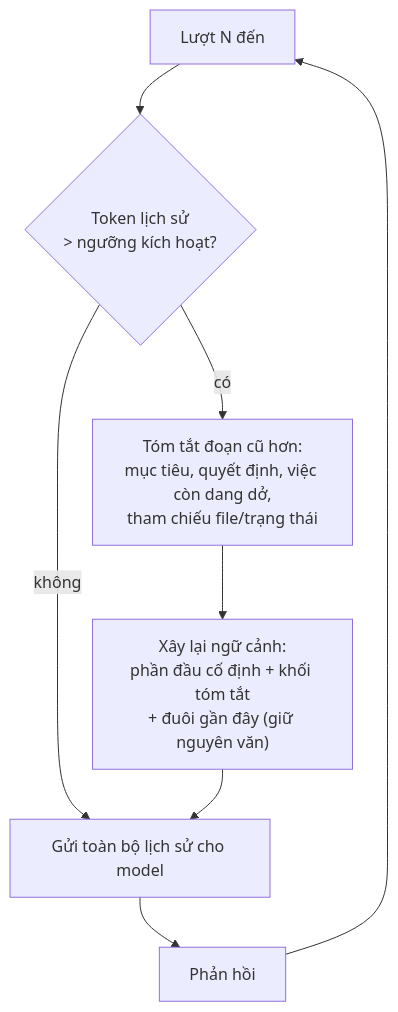
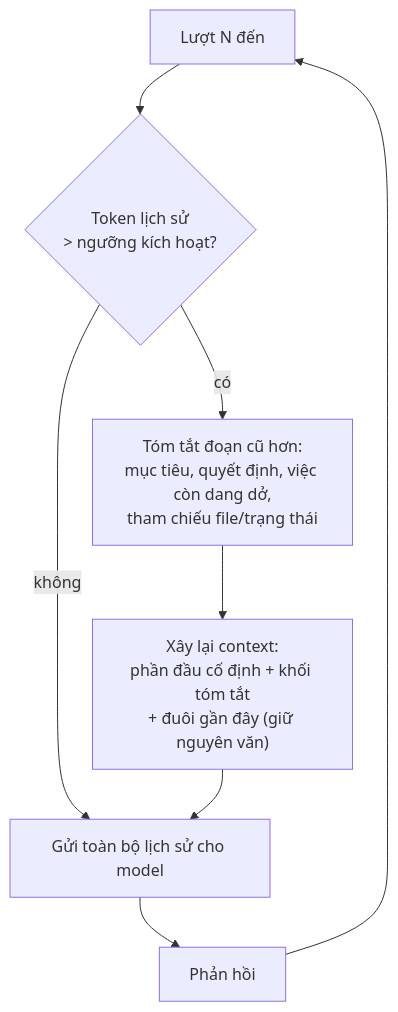
Before and after one commit to dungnm02/token-optimizer: the first of 2 diagrams in solutions/compaction.md, drawn with Mermaid. The commit also changed other lines of this file and 25 other files, not shown here.

````diff
--- a/solutions/compaction.md
+++ b/solutions/compaction.md
@@ -14,9 +14,9 @@
 ```mermaid
 flowchart TD
     A[Lượt N đến] --> B{Token lịch sử<br/>> ngưỡng kích hoạt?}
     B -- không --> M[Gửi toàn bộ lịch sử cho model]
     B -- có --> S[Tóm tắt đoạn cũ hơn:<br/>mục tiêu, quyết định, việc còn dang dở,<br/>tham chiếu file/trạng thái]
-    S --> R["Xây lại ngữ cảnh:<br/>phần đầu cố định + khối tóm tắt<br/>+ đuôi gần đây (giữ nguyên văn)"]
+    S --> R["Xây lại context:<br/>phần đầu cố định + khối tóm tắt<br/>+ đuôi gần đây (giữ nguyên văn)"]
     R --> M
     M --> O[Phản hồi] --> A
 ```
````
